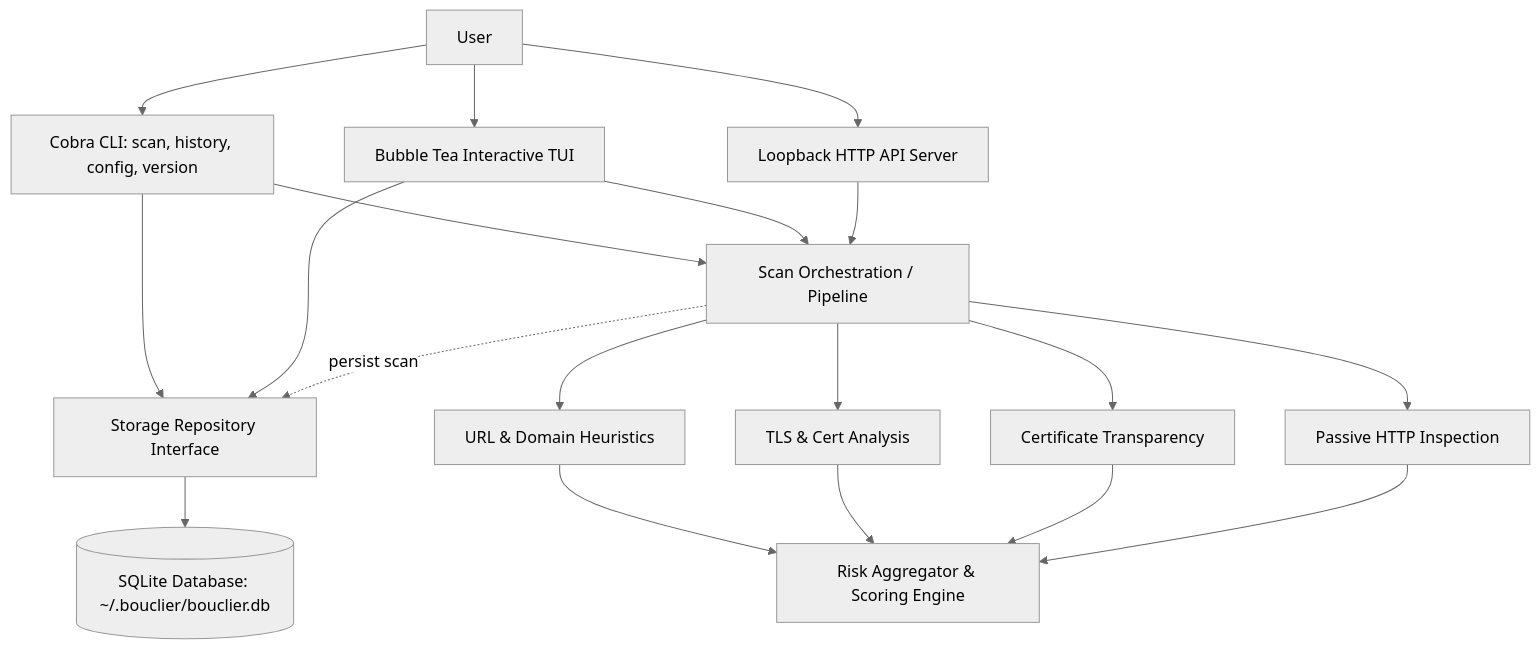
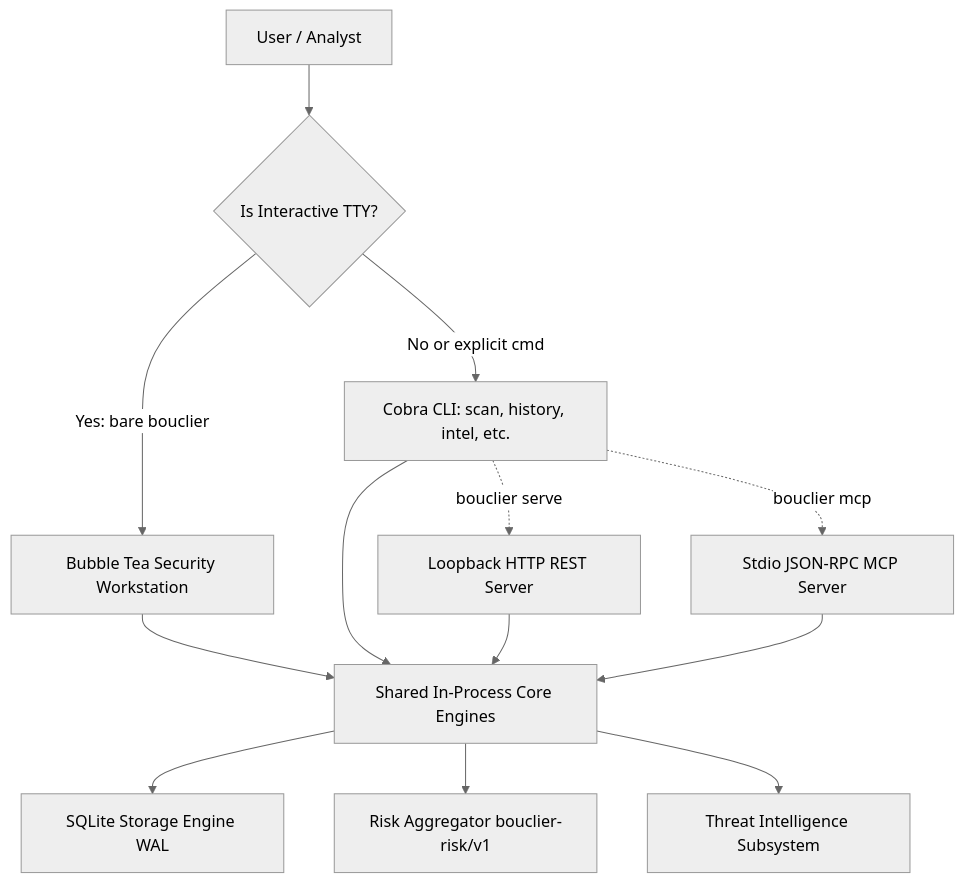
One commit to 1steve78/Bouclier changed the diagram in docs/architecture.md. Above: the diagram before and after it, drawn with Mermaid (neutral theme). The commit also changed other lines of this file and 56 other files, not shown here.

Commit message:
feat(workstation): implement v1.1.0 Terminal-First Security Workstation

````diff
--- a/docs/architecture.md
+++ b/docs/architecture.md
@@ -40,39 +30,29 @@
 ```mermaid
 flowchart TD
-    User[User]
-    CLI[Cobra CLI: scan, history, config, version]
-    TUI[Bubble Tea Interactive TUI]
-    API[Loopback HTTP API Server]
+    User[User / Analyst]
+    TTYCheck{Is Interactive TTY?}
+    Workstation[Bubble Tea Security Workstation]
+    CLI[Cobra CLI: scan, history, intel, etc.]
+    API[Loopback HTTP REST Server]
+    MCP[Stdio JSON-RPC MCP Server]
 
-    Orch[Scan Orchestration / Pipeline]
-    StorageRepo[Storage Repository Interface]
-    SQLite[(SQLite Database: ~/.bouclier/bouclier.db)]
+    Core[Shared In-Process Core Engines]
+    StorageRepo[SQLite Storage Engine WAL]
+    RiskEngine[Risk Aggregator bouclier-risk/v1]
+    IntelEngine[Threat Intelligence Subsystem]
 
-    URLMod[URL & Domain Heuristics]
-    TLSMod[TLS & Cert Analysis]
-    CTMod[Certificate Transparency]
-    HTTPMod[Passive HTTP Inspection]
-    RiskEngine[Risk Aggregator & Scoring Engine]
+    User --> TTYCheck
+    TTYCheck -- Yes: bare bouclier --> Workstation
+    TTYCheck -- No or explicit cmd --> CLI
+    CLI -. bouclier serve .-> API
+    CLI -. bouclier mcp .-> MCP
 
-    User --> CLI
-    User --> TUI
-    User --> API
+    Workstation --> Core
+    CLI --> Core
+    API --> Core
+    MCP --> Core
 
-    CLI --> Orch
-    TUI --> Orch
-    API --> Orch
-
-    CLI --> StorageRepo
-    TUI --> StorageRepo
-    Orch -. persist scan .-> StorageRepo
-    StorageRepo --> SQLite
-
-    Orch --> URLMod
-    Orch --> TLSMod
-    Orch --> CTMod
-    Orch --> HTTPMod
-    URLMod --> RiskEngine
-    TLSMod --> RiskEngine
-    CTMod --> RiskEngine
-    HTTPMod --> RiskEngine
+    Core --> StorageRepo
+    Core --> RiskEngine
+    Core --> IntelEngine
 ```
````
